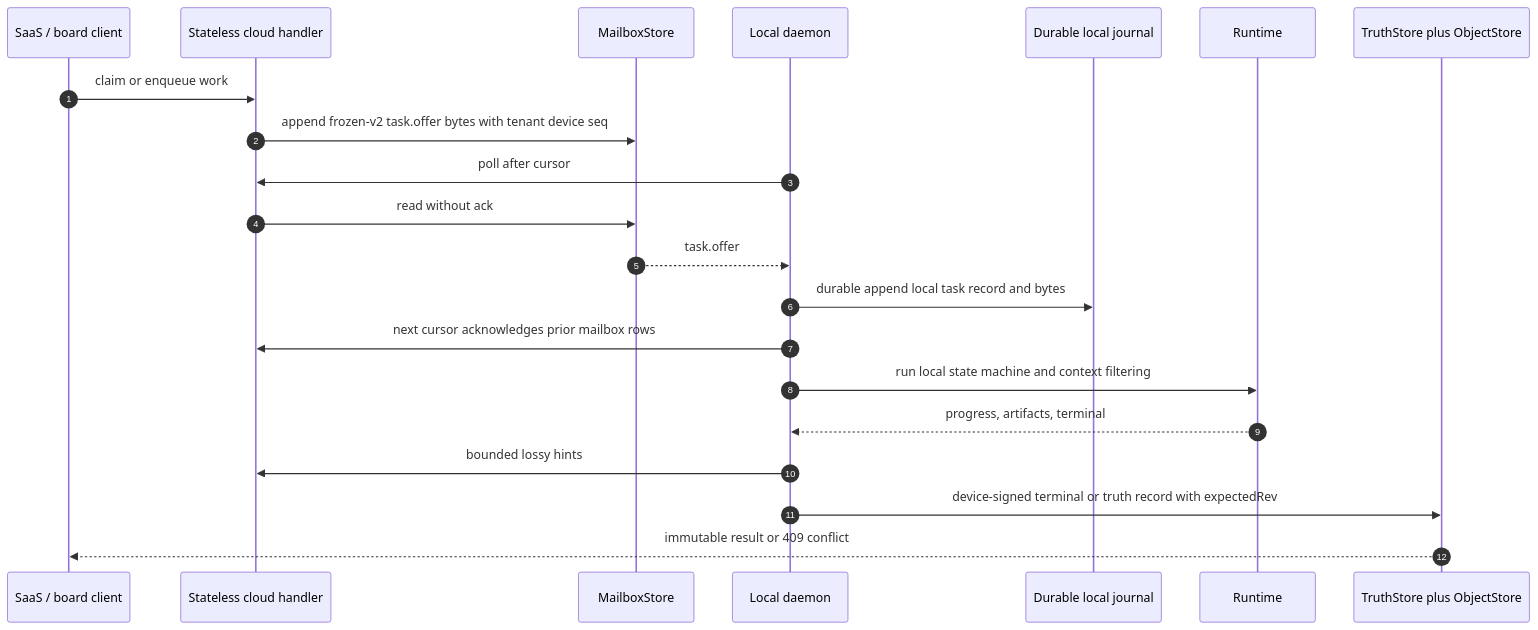
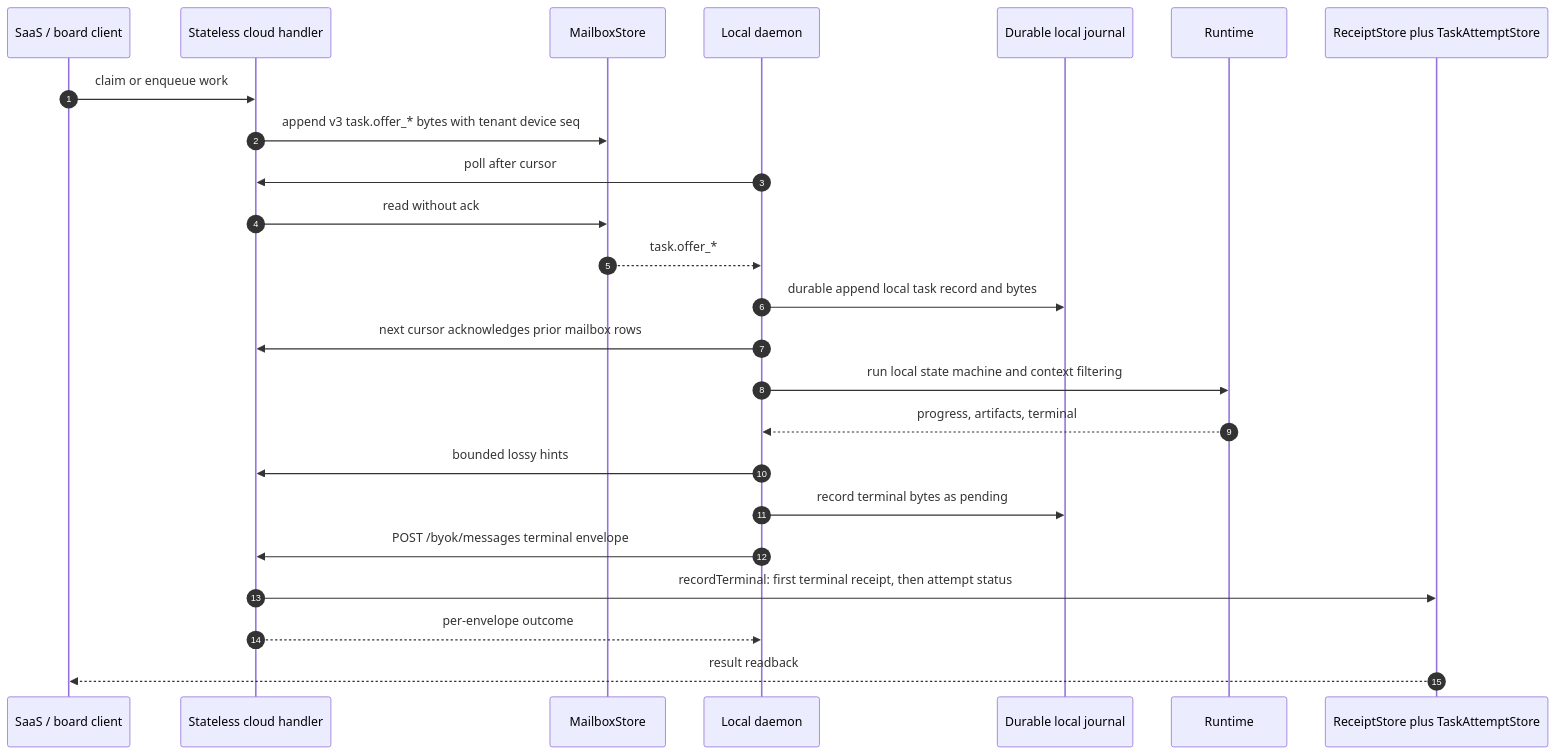
One commit to Ancienttwo/byok-sdk changed diagram 18 of 22 in docs/architecture/sdk-architecture.md. Above: the diagram before and after it, drawn with Mermaid. The commit also changed other lines of this file and 10 other files, not shown here.

First line of the commit message:
docs(architecture): align sdk-architecture.md with the source, and retire three no-op scripts (#927, #925 phase 0)

````diff
--- a/docs/architecture/sdk-architecture.md
+++ b/docs/architecture/sdk-architecture.md
@@ -1248,24 +1288,27 @@
 ```mermaid
 sequenceDiagram
   autonumber
   participant SaaS as SaaS / board client
   participant Cloud as Stateless cloud handler
   participant Mail as MailboxStore
   participant D as Local daemon
   participant J as Durable local journal
   participant R as Runtime
-  participant T as TruthStore plus ObjectStore
+  participant T as ReceiptStore plus TaskAttemptStore
 
   SaaS->>Cloud: claim or enqueue work
-  Cloud->>Mail: append frozen-v2 task.offer bytes with tenant device seq
+  Cloud->>Mail: append v3 task.offer_* bytes with tenant device seq
   D->>Cloud: poll after cursor
   Cloud->>Mail: read without ack
-  Mail-->>D: task.offer
+  Mail-->>D: task.offer_*
   D->>J: durable append local task record and bytes
   D->>Cloud: next cursor acknowledges prior mailbox rows
   D->>R: run local state machine and context filtering
   R-->>D: progress, artifacts, terminal
   D->>Cloud: bounded lossy hints
-  D->>T: device-signed terminal or truth record with expectedRev
-  T-->>SaaS: immutable result or 409 conflict
+  D->>J: record terminal bytes as pending
+  D->>Cloud: POST /byok/messages terminal envelope
+  Cloud->>T: recordTerminal: first terminal receipt, then attempt status
+  Cloud-->>D: per-envelope outcome
+  T-->>SaaS: result readback
 ```
````
